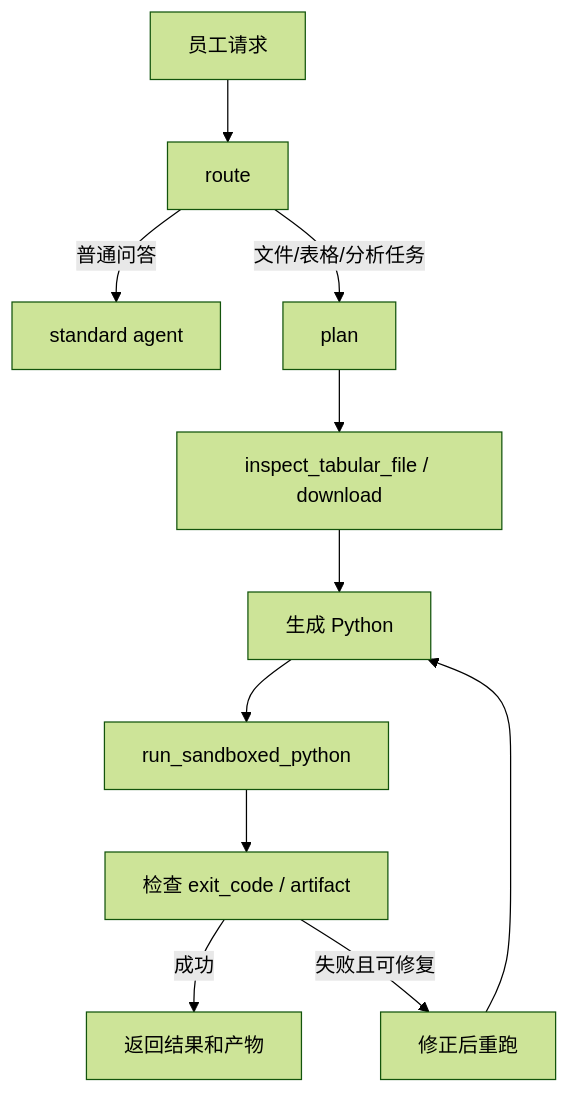
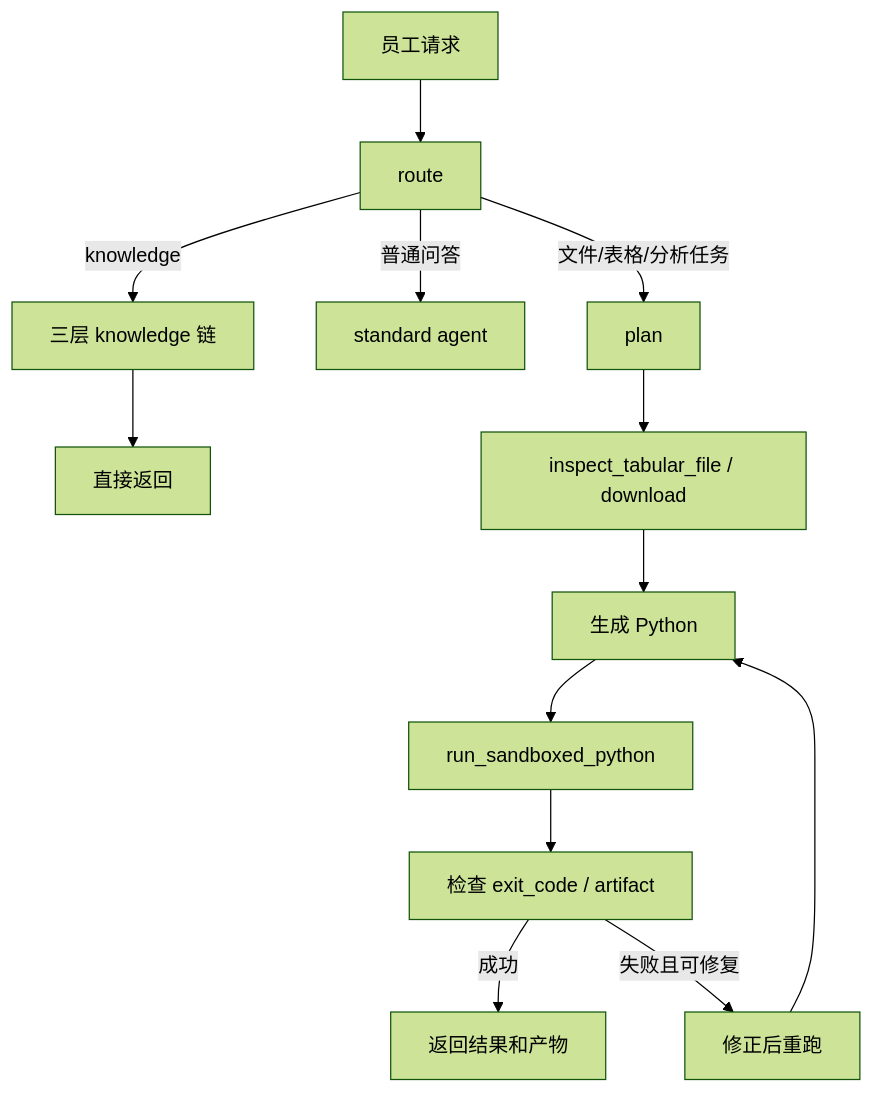
Before and after one commit to lr12338/hifleet-agent: the fifth of 5 diagrams in docs/AGENT_TECHNICAL_DOCUMENTATION.md, drawn with Mermaid (forest theme). The commit also changed other lines of this file and 7 other files, not shown here.

````diff
--- a/docs/AGENT_TECHNICAL_DOCUMENTATION.md
+++ b/docs/AGENT_TECHNICAL_DOCUMENTATION.md
@@ -281,13 +284,15 @@
 ```mermaid
 flowchart TD
     Msg[员工请求] --> Route[route]
+    Route -->|knowledge| Knowledge[三层 knowledge 链]
     Route -->|普通问答| Delegate[standard agent]
     Route -->|文件/表格/分析任务| Plan[plan]
+    Knowledge --> Done1[直接返回]
     Plan --> Inspect[inspect_tabular_file / download]
     Inspect --> Code[生成 Python]
     Code --> Run[run_sandboxed_python]
     Run --> Check[检查 exit_code / artifact]
     Check -->|成功| Finalize[返回结果和产物]
     Check -->|失败且可修复| Loop[修正后重跑]
     Loop --> Code
 ```
````
